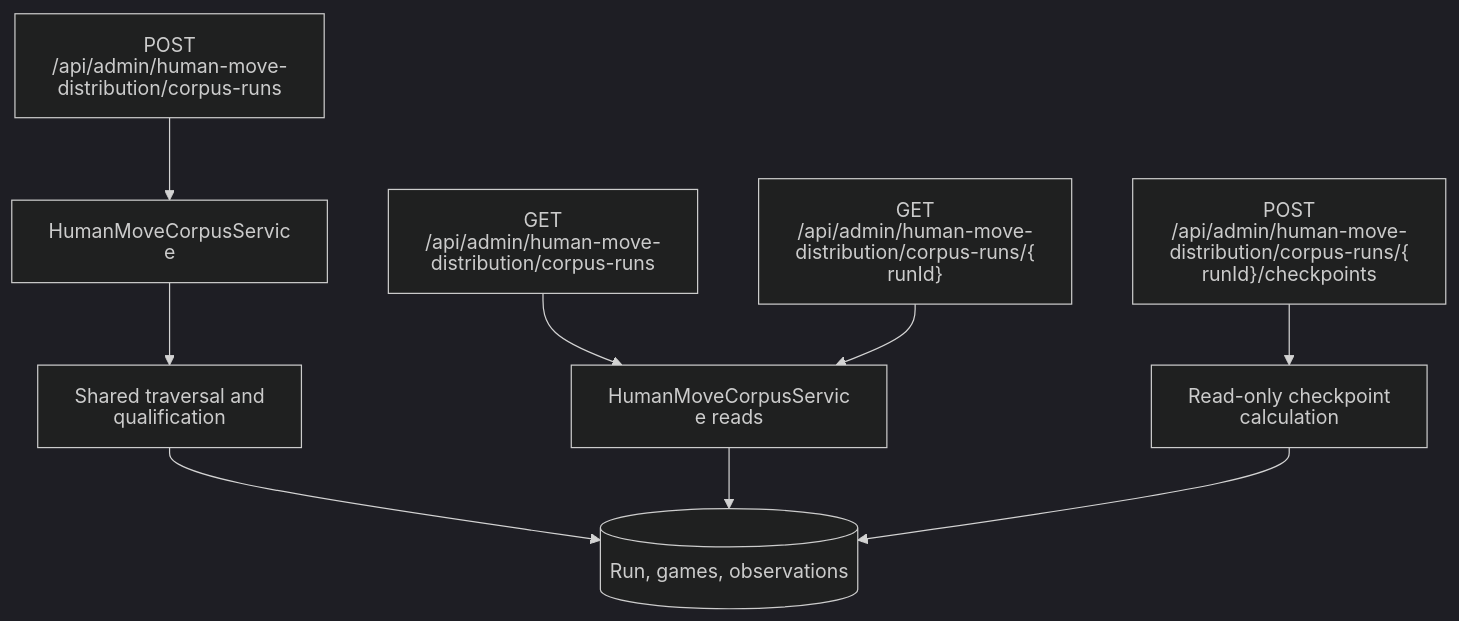
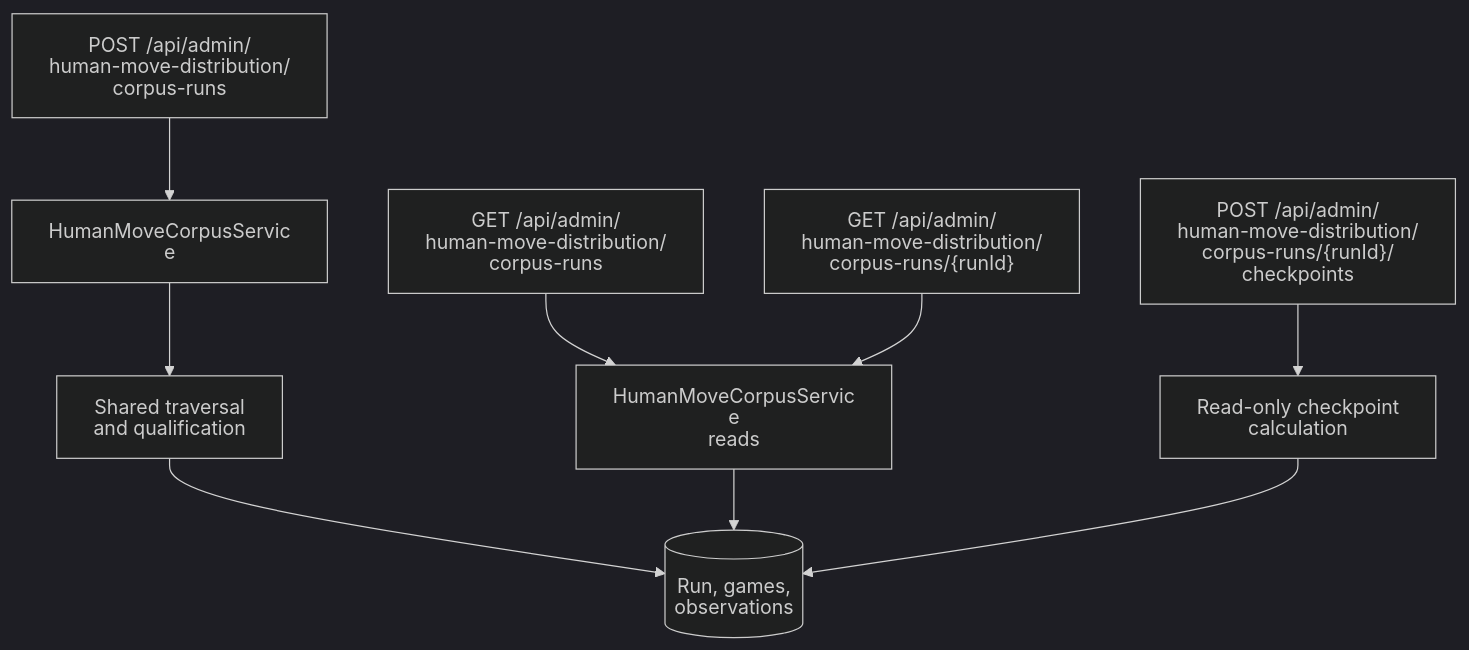
Before and after one commit to NathanZK/ChessEcho: the ninth of 11 diagrams in docs/architecture/backend-architecture.md, drawn with Mermaid (dark theme). The commit also changed other lines of this file and 13 other files, not shown here.

Commit message:
docs(architecture): reconcile ChessProbe documentation architecture, system topology, API contract, and testing specifications (#785)

````diff
--- a/docs/architecture/backend-architecture.md
+++ b/docs/architecture/backend-architecture.md
@@ -276,12 +375,12 @@
 ```mermaid
 %%{init: {"htmlLabels": false, "flowchart": {"htmlLabels": false}}}%%
 flowchart TB
-    Create[POST /api/admin/human-move-distribution/corpus-runs] --> RunService[HumanMoveCorpusService]
-    RunService --> RunTraversal[Shared traversal and qualification]
-    RunTraversal --> RunRows[(Run, games, observations)]
-    List[GET /api/admin/human-move-distribution/corpus-runs] --> RunReads[HumanMoveCorpusService reads]
-    Detail["GET /api/admin/human-move-distribution/corpus-runs/{runId}"] --> RunReads
+    Create["POST /api/admin/<br/>human-move-distribution/<br/>corpus-runs"] --> RunService[HumanMoveCorpusService]
+    RunService --> RunTraversal["Shared traversal<br/>and qualification"]
+    RunTraversal --> RunRows[("Run, games,<br/>observations")]
+    List["GET /api/admin/<br/>human-move-distribution/<br/>corpus-runs"] --> RunReads["HumanMoveCorpusService<br/>reads"]
+    Detail["GET /api/admin/<br/>human-move-distribution/<br/>corpus-runs/{runId}"] --> RunReads
     RunReads --> RunRows
-    Checkpoint["POST /api/admin/human-move-distribution/corpus-runs/{runId}/checkpoints"] --> CheckpointService[Read-only checkpoint calculation]
+    Checkpoint["POST /api/admin/<br/>human-move-distribution/<br/>corpus-runs/{runId}/<br/>checkpoints"] --> CheckpointService["Read-only checkpoint<br/>calculation"]
     CheckpointService --> RunRows
 ```
````
